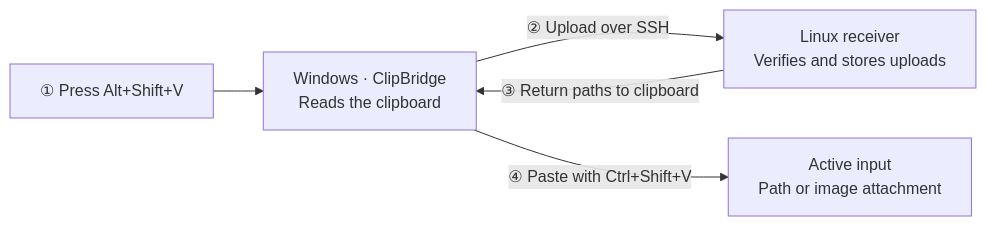
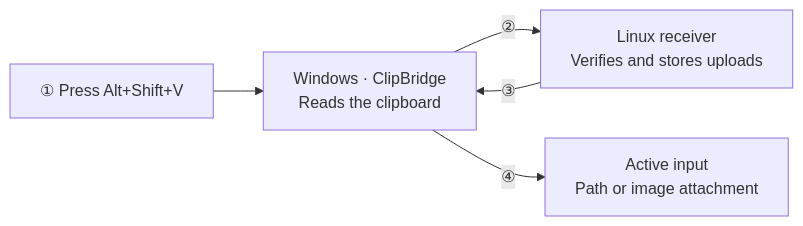
The second of 2 diagrams in README.md (NewbieToEverything/clip-win-linux), drawn with Mermaid before and after one commit. The commit also changed other lines of this file and 1 other file, not shown here.

Commit message:
Keep flowchart edge labels clear of nodes

````diff
--- a/README.md
+++ b/README.md
@@ -26,7 +26,7 @@
 ```mermaid
 flowchart LR
     H["① Press Alt+Shift+V"] --> W["Windows · ClipBridge<br/>Reads the clipboard"]
-    W -->|"② Upload over SSH"| L["Linux receiver<br/>Verifies and stores uploads"]
-    L -->|"③ Return paths to clipboard"| W
-    W -->|"④ Paste with Ctrl+Shift+V"| A["Active input<br/>Path or image attachment"]
+    W -->|"②"| L["Linux receiver<br/>Verifies and stores uploads"]
+    L -->|"③"| W
+    W -->|"④"| A["Active input<br/>Path or image attachment"]
 ```
````
